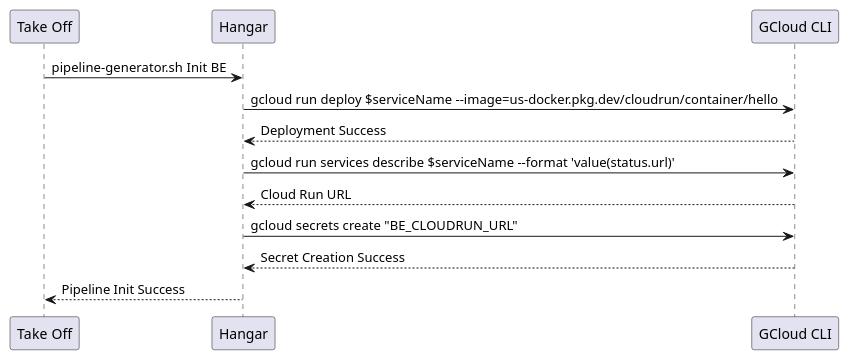
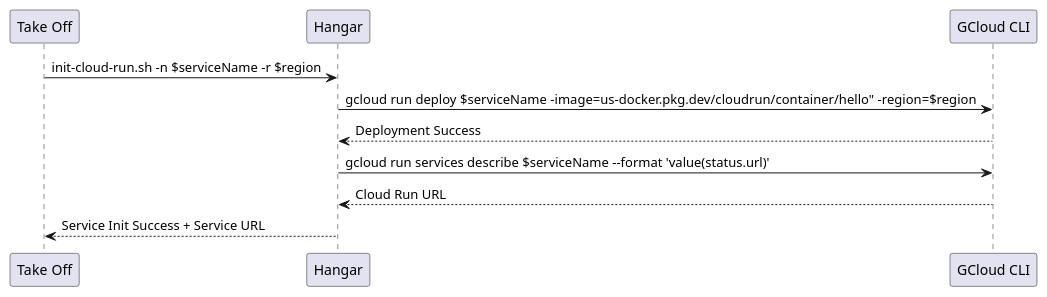
Before and after one commit to devonfw/hangar: the diagram in documentation/diagrams/sequence_create_cloud_run.puml, drawn with PlantUML. The commit also changed 1 other file, not shown here.

Commit message:
Fixed Init + Added Pipelines code to Volume

```diff
--- a/documentation/diagrams/sequence_create_cloud_run.puml
+++ b/documentation/diagrams/sequence_create_cloud_run.puml
@@ -1,15 +1,13 @@
 @startuml sequence
 
 participant "Take Off"          as TakeOff
 participant "Hangar"            as Hangar
 participant "GCloud CLI"        as Gcloud
 
-TakeOff -> Hangar : pipeline-generator.sh Init BE
-Hangar -> Gcloud :  gcloud run deploy $serviceName --image=us-docker.pkg.dev/cloudrun/container/hello
+TakeOff -> Hangar : init-cloud-run.sh -n $serviceName -r $region
+Hangar -> Gcloud :  gcloud run deploy $serviceName -image=us-docker.pkg.dev/cloudrun/container/hello" -region=$region
 Gcloud --> Hangar : Deployment Success
 Hangar -> Gcloud : gcloud run services describe $serviceName --format 'value(status.url)'
 Gcloud --> Hangar : Cloud Run URL
-Hangar -> Gcloud : gcloud secrets create "BE_CLOUDRUN_URL"
-Gcloud --> Hangar : Secret Creation Success
-Hangar --> TakeOff : Pipeline Init Success
+Hangar --> TakeOff : Service Init Success + Service URL
 @enduml
```
